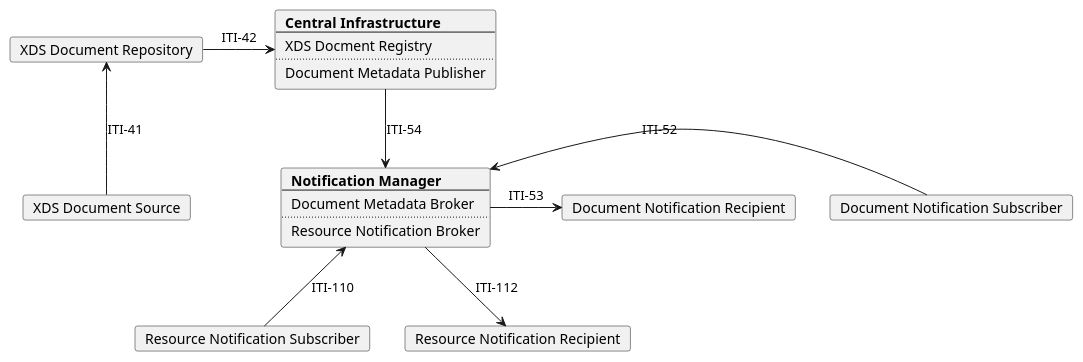
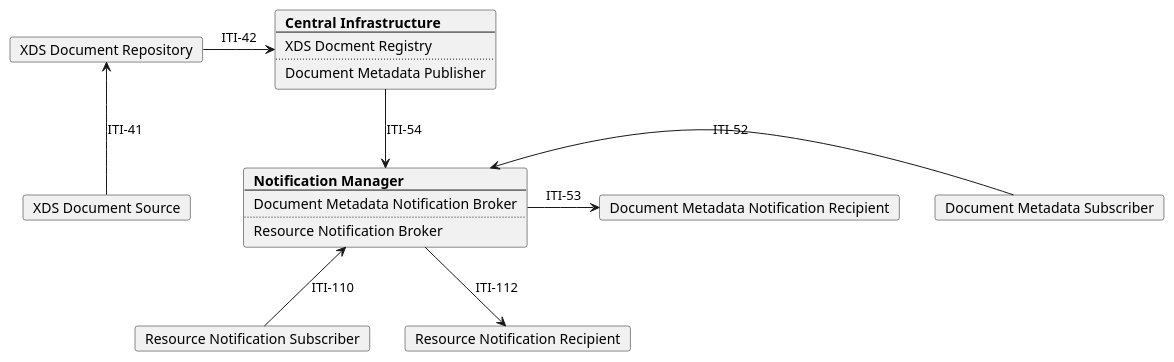
One commit to IHE/ITI.DSUBm changed the diagram in input/images-source/model_DSUB.plantuml. Above: the diagram before and after it, drawn with PlantUML. The commit also changed 4 other files, not shown here.

```diff
--- a/input/images-source/model_DSUB.plantuml
+++ b/input/images-source/model_DSUB.plantuml
@@ -1,46 +1,46 @@
 @startuml
 skinparam svgDimensionStyle false
 skinparam componentStyle rectangle
 
 hide footbox
 /' title "DSUBm grouped with DSUB: Notification Manager" '/
 
 card "XDS Document Source" as Source
 card "XDS Document Repository" as Repo
 
 card  Central [
   <b>Central Infrastructure
   ----
   XDS Docment Registry
   ....
   Document Metadata Publisher
 ]
 
 card Broker [
   <b>Notification Manager
   ----
-  Document Metadata Broker
+  Document Metadata Notification Broker
   ....
   Resource Notification Broker
 ]
 
-card "Document Notification Subscriber" as DSUB_Subsciber 
-card "Document Notification Recipient" as DSUB_Recipient 
+card "Document Metadata Subscriber" as DSUB_Subsciber 
+card "Document Metadata Notification Recipient" as DSUB_Recipient 
 
 card "Resource Notification Subscriber" as DSUBm_Subsciber 
 card "Resource Notification Recipient" as DSUBm_Recipient 
 
 DSUBm_Subsciber -u-> Broker: ITI-110
 
 Source -u-> Repo: ITI-41
 Repo -r-> Central: ITI-42
 Central -d-> Broker: ITI-54
 
 
 DSUB_Subsciber -l->Broker: ITI-52
 Broker-r-> DSUB_Recipient: ITI-53
 Broker -d-> DSUBm_Recipient: ITI-112
 
 
 
 @enduml
```
